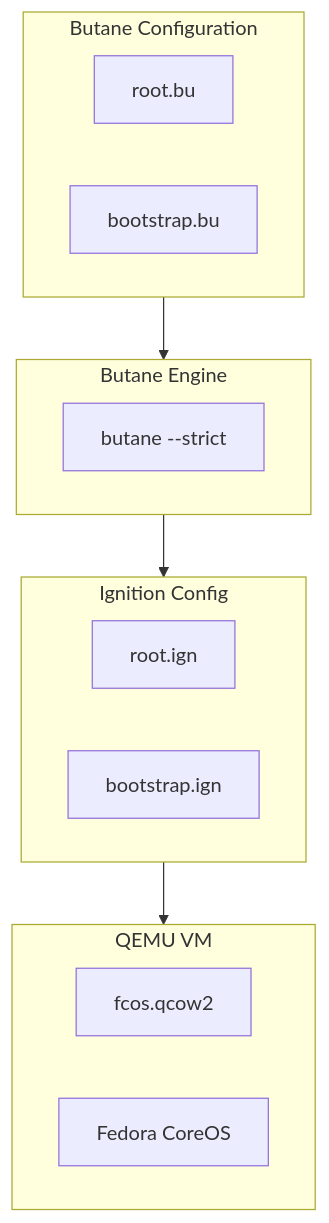
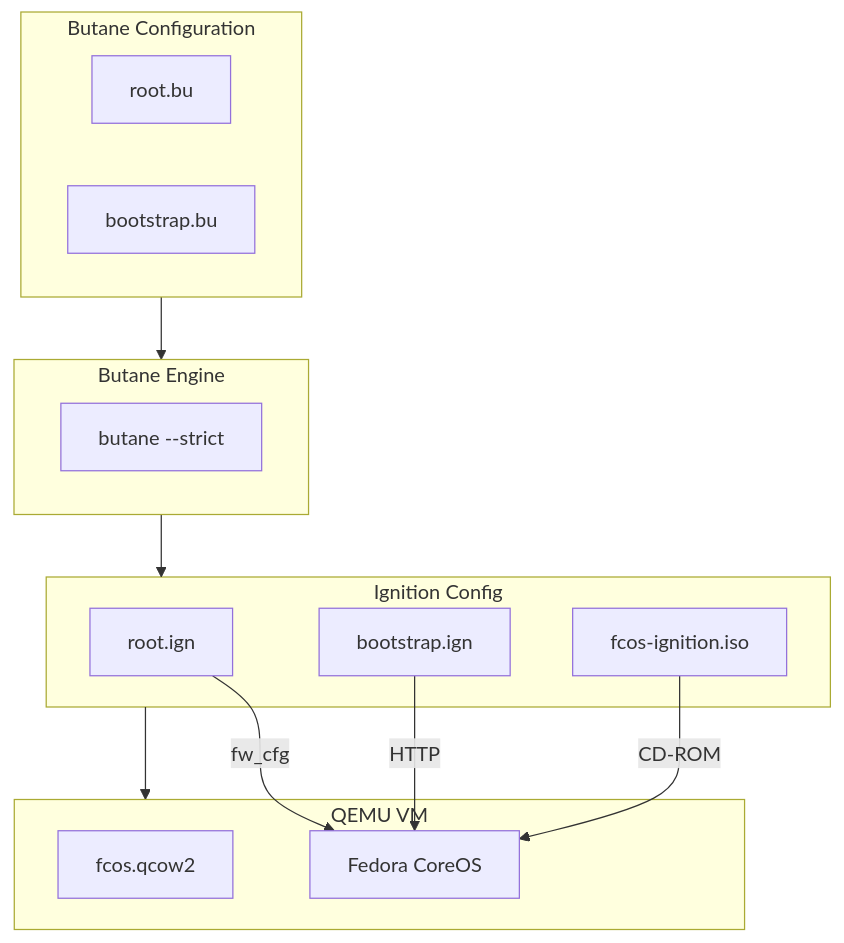
Before and after one commit to marcuwynu23/linux-initial-boot-provisioning: the second of 6 diagrams in butane-coreos-ignition/README.md, drawn with Mermaid. The commit also changed other lines of this file, not shown here.

Commit message:
docs: update README with ISO ignition flow and usage instructions for coreos-installer

````diff
--- a/butane-coreos-ignition/README.md
+++ b/butane-coreos-ignition/README.md
@@ -27,19 +27,23 @@
 ```mermaid
 flowchart TB
     subgraph ButaneConfig["Butane Configuration"]
         B1["root.bu"]
         B2["bootstrap.bu"]
     end
     subgraph ButaneEngine["Butane Engine"]
         B3["butane --strict"]
     end
     subgraph IgnitionConfig["Ignition Config"]
         B4["root.ign"]
         B5["bootstrap.ign"]
+        B6["fcos-ignition.iso"]
     end
     subgraph QEMU["QEMU VM"]
-        B6["fcos.qcow2"]
-        B7["Fedora CoreOS"]
+        B7["fcos.qcow2"]
+        B8["Fedora CoreOS"]
     end
     ButaneConfig --> ButaneEngine --> IgnitionConfig --> QEMU
+    B4 -->|fw_cfg| B8
+    B5 -->|HTTP| B8
+    B6 -->|CD-ROM| B8
 ```
````
